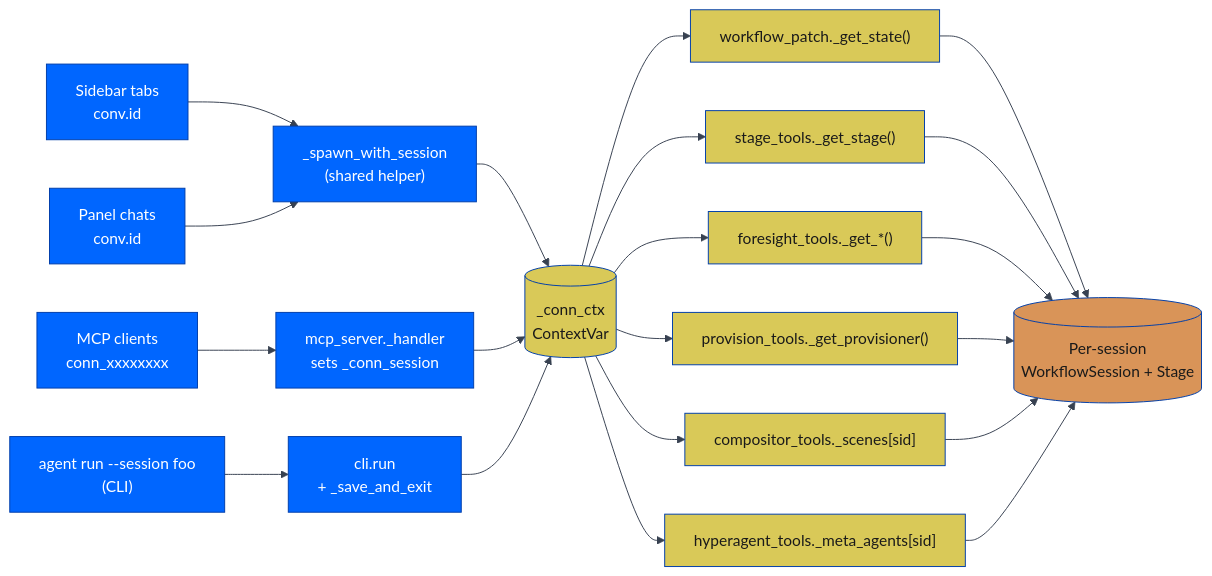
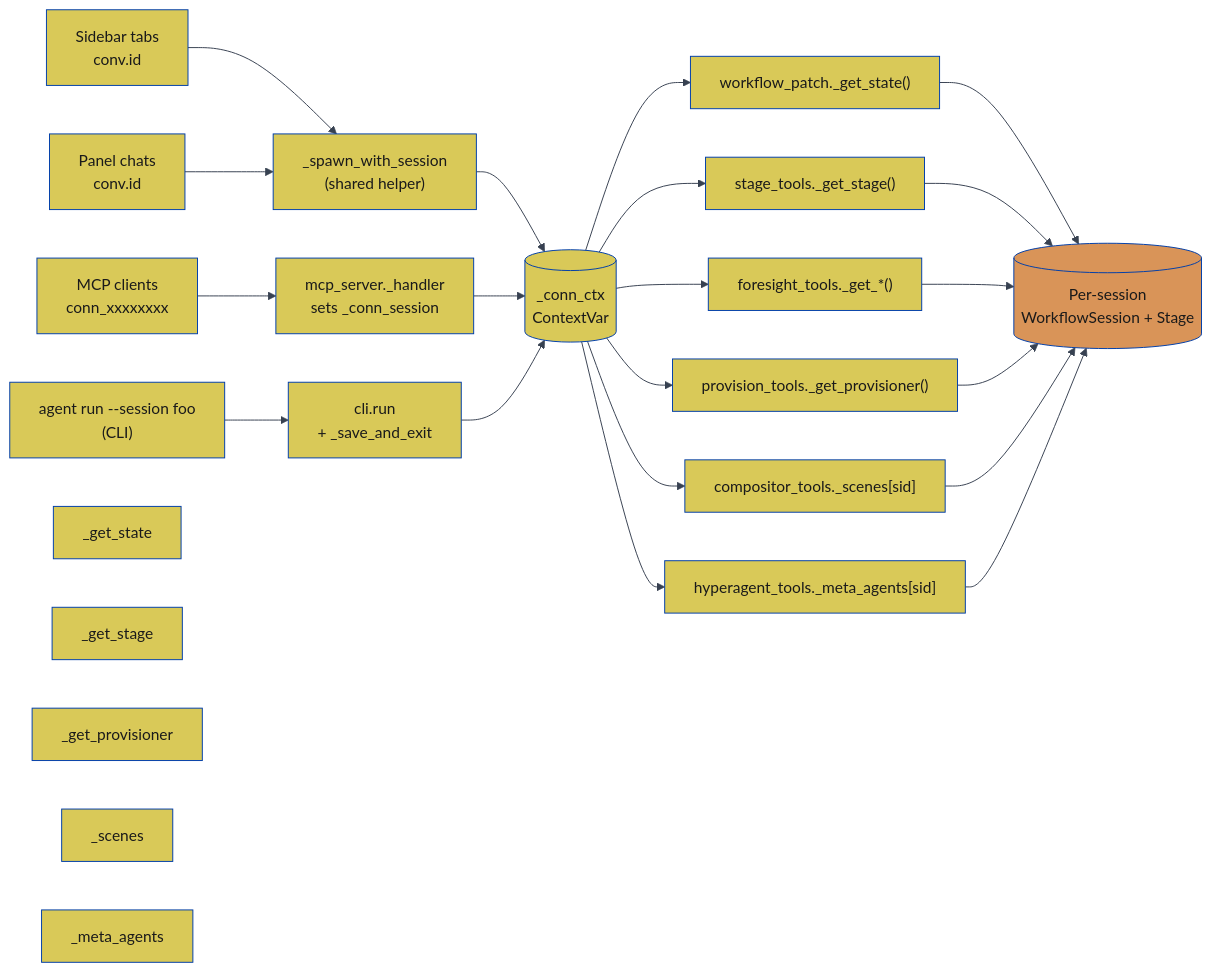
Before and after one commit to JosephOIbrahim/Comfy-Cozy: diagram 20 of 27 in README.md, drawn with Mermaid. The commit also changed other lines of this file, not shown here.

First line of the commit message:
[DOCS] Normalize mermaid palette: force two-tone orange/yellow with black text

````diff
--- a/README.md
+++ b/README.md
@@ -882,32 +960,44 @@
 ```mermaid
 %%{init: {'theme':'base','themeVariables': {'primaryColor':'#0066FF','primaryTextColor':'#ffffff','primaryBorderColor':'#003eaa','lineColor':'#374151','secondaryColor':'#374151','tertiaryColor':'#1f2937','fontFamily':'monospace'}}}%%
 flowchart LR
     SB["Sidebar tabs<br/>conv.id"] --> H1["_spawn_with_session<br/>(shared helper)"]
     PNL["Panel chats<br/>conv.id"] --> H1
     MCP["MCP clients<br/>conn_xxxxxxxx"] --> H2["mcp_server._handler<br/>sets _conn_session"]
     CLI["agent run --session foo<br/>(CLI)"] --> H3["cli.run<br/>+ _save_and_exit"]
     H1 --> CV[("_conn_ctx<br/>ContextVar")]
     H2 --> CV
     H3 --> CV
     CV --> WP["workflow_patch._get_state()"]
     CV --> ST["stage_tools._get_stage()"]
     CV --> FT["foresight_tools._get_*()"]
     CV --> PV["provision_tools._get_provisioner()"]
     CV --> CT["compositor_tools._scenes[sid]"]
     CV --> HY["hyperagent_tools._meta_agents[sid]"]
     WP --> WS[("Per-session<br/>WorkflowSession + Stage")]
     ST --> WS
     FT --> WS
     PV --> WS
     CT --> WS
     HY --> WS
 
     style CV fill:#d9c958,color:#1a1a1a
     style WP fill:#d9c958,color:#1a1a1a
     style ST fill:#d9c958,color:#1a1a1a
     style FT fill:#d9c958,color:#1a1a1a
     style PV fill:#d9c958,color:#1a1a1a
     style CT fill:#d9c958,color:#1a1a1a
     style HY fill:#d9c958,color:#1a1a1a
     style WS fill:#d99458,color:#1a1a1a
+    style SB fill:#d9c958,color:#1a1a1a
+    style H1 fill:#d9c958,color:#1a1a1a
+    style PNL fill:#d9c958,color:#1a1a1a
+    style MCP fill:#d9c958,color:#1a1a1a
+    style H2 fill:#d9c958,color:#1a1a1a
+    style CLI fill:#d9c958,color:#1a1a1a
+    style H3 fill:#d9c958,color:#1a1a1a
+    style _get_state fill:#d9c958,color:#1a1a1a
+    style _get_stage fill:#d9c958,color:#1a1a1a
+    style _get_provisioner fill:#d9c958,color:#1a1a1a
+    style _scenes fill:#d9c958,color:#1a1a1a
+    style _meta_agents fill:#d9c958,color:#1a1a1a
 ```
````
